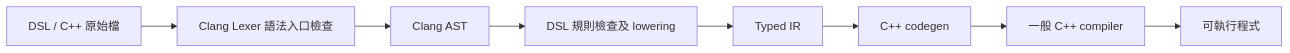
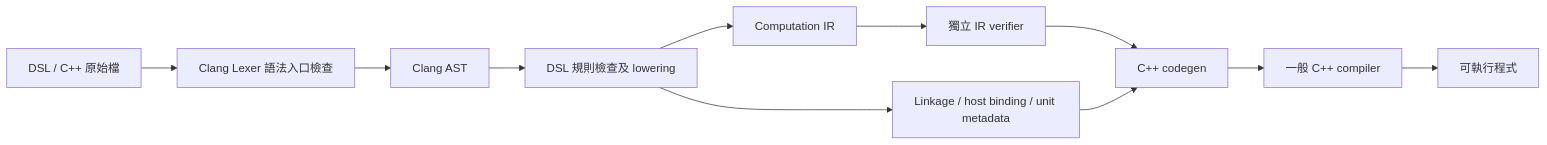
One commit to jason7708/dsl-compiler-lab changed the diagram in README.md. Above: the diagram before and after it, drawn with Mermaid. The commit also changed other lines of this file and 38 other files, not shown here.

````diff
--- a/README.md
+++ b/README.md
@@ -5,10 +7,13 @@
 ```mermaid
 flowchart LR
     Source[DSL / C++ 原始檔] --> Tokens[Clang Lexer 語法入口檢查]
     Tokens --> AST[Clang AST]
     AST --> Rules[DSL 規則檢查及 lowering]
-    Rules --> IR[Typed IR]
-    IR --> CPP[C++ codegen]
+    Rules --> IR[Computation IR]
+    Rules --> Metadata[Linkage / host binding / unit metadata]
+    IR --> Verify[獨立 IR verifier]
+    Verify --> CPP[C++ codegen]
+    Metadata --> CPP
     CPP --> Compiler[一般 C++ compiler]
     Compiler --> Program[可執行程式]
 ```
````
